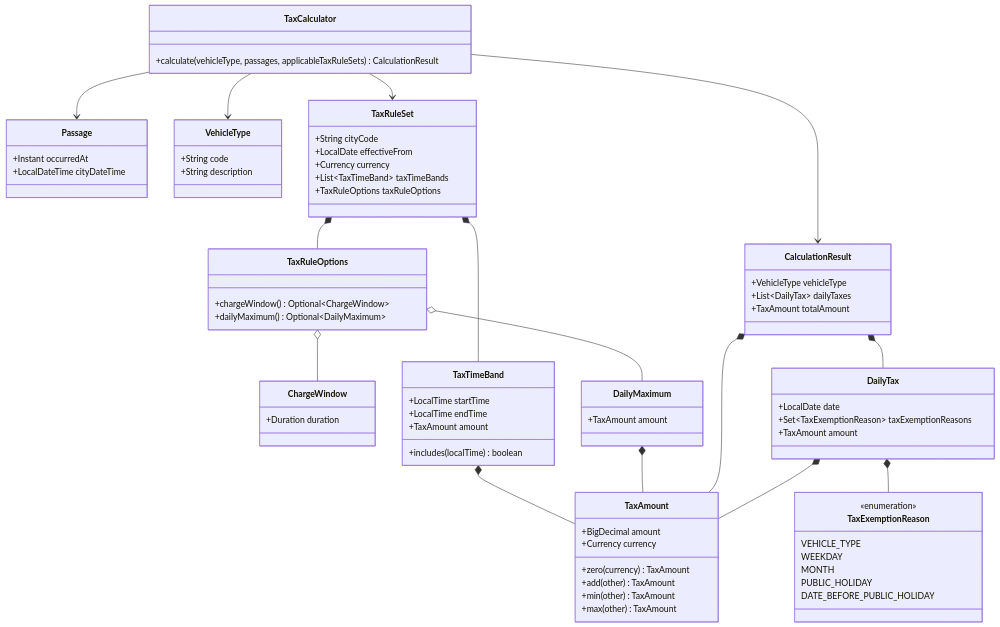
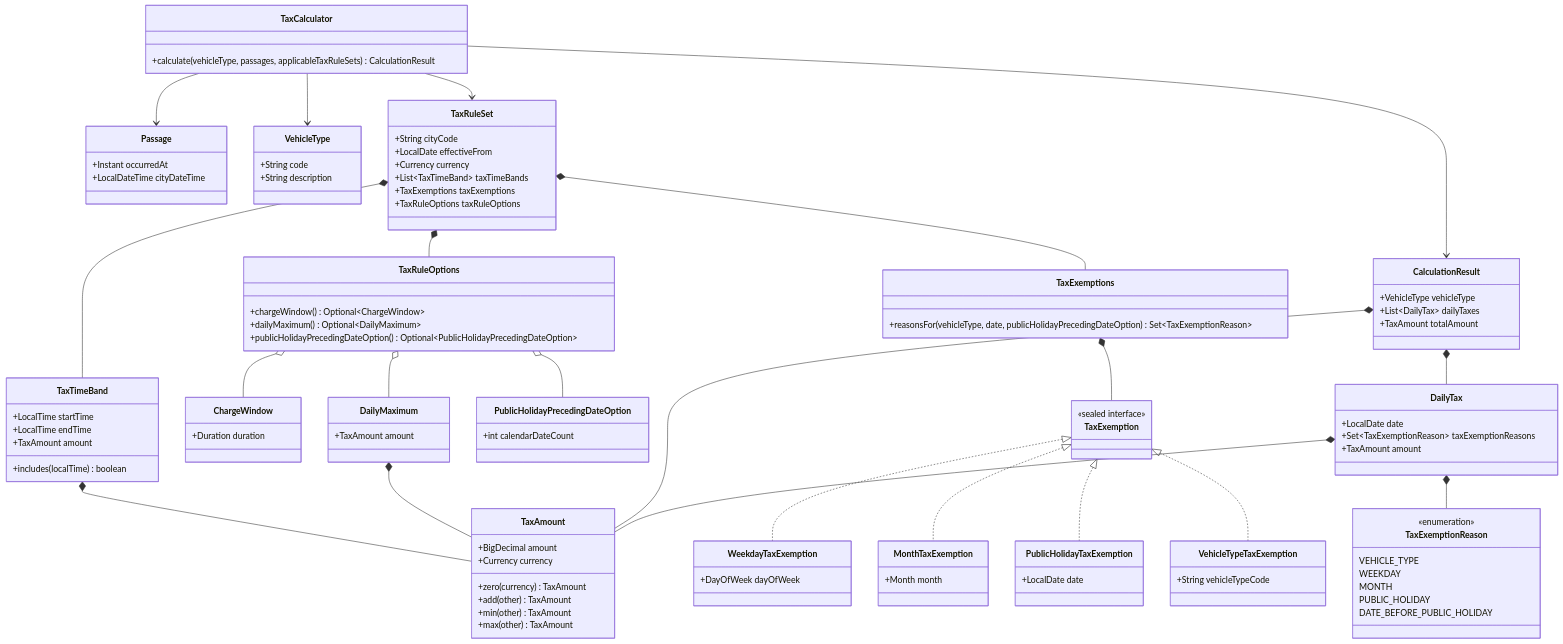
The diagram in docs/design/calculation.md (igrgin/congestion-tax-calculator), drawn with Mermaid before and after one commit. The commit also changed other lines of this file and 16 other files, not shown here.

Commit message:
Correct Tax Exemption option handling #6

```diff
--- a/docs/design/calculation.md
+++ b/docs/design/calculation.md
@@ -109,12 +109,38 @@
         +LocalDate effectiveFrom
         +Currency currency
         +List~TaxTimeBand~ taxTimeBands
+        +TaxExemptions taxExemptions
         +TaxRuleOptions taxRuleOptions
+    }
+
+    class TaxExemptions {
+        +reasonsFor(vehicleType, date, publicHolidayPrecedingDateOption) Set~TaxExemptionReason~
+    }
+
+    class TaxExemption {
+        <<sealed interface>>
+    }
+
+    class WeekdayTaxExemption {
+        +DayOfWeek dayOfWeek
+    }
+
+    class MonthTaxExemption {
+        +Month month
+    }
+
+    class PublicHolidayTaxExemption {
+        +LocalDate date
+    }
+
+    class VehicleTypeTaxExemption {
+        +String vehicleTypeCode
     }
 
     class TaxRuleOptions {
         +chargeWindow() Optional~ChargeWindow~
         +dailyMaximum() Optional~DailyMaximum~
+        +publicHolidayPrecedingDateOption() Optional~PublicHolidayPrecedingDateOption~
     }
 
     class ChargeWindow {
@@ -123,6 +149,10 @@
 
     class DailyMaximum {
         +TaxAmount amount
+    }
+
+    class PublicHolidayPrecedingDateOption {
+        +int calendarDateCount
     }
 
     class TaxTimeBand {
@@ -167,9 +197,16 @@
     TaxCalculator --> TaxRuleSet
     TaxCalculator --> CalculationResult
     TaxRuleSet *-- TaxTimeBand
+    TaxRuleSet *-- TaxExemptions
     TaxRuleSet *-- TaxRuleOptions
+    TaxExemptions *-- TaxExemption
+    TaxExemption <|.. WeekdayTaxExemption
+    TaxExemption <|.. MonthTaxExemption
+    TaxExemption <|.. PublicHolidayTaxExemption
+    TaxExemption <|.. VehicleTypeTaxExemption
     TaxRuleOptions o-- ChargeWindow
     TaxRuleOptions o-- DailyMaximum
+    TaxRuleOptions o-- PublicHolidayPrecedingDateOption
     TaxTimeBand *-- TaxAmount
     DailyMaximum *-- TaxAmount
     CalculationResult *-- DailyTax
```
